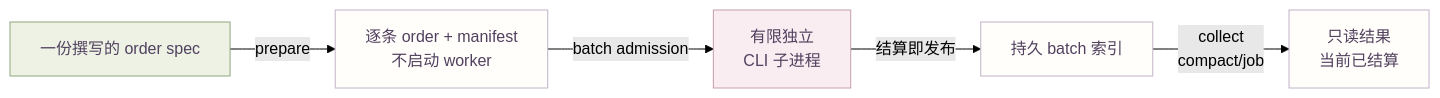
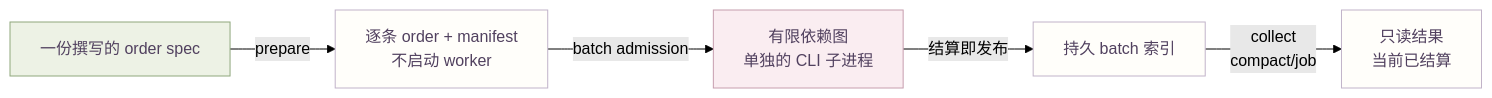
Before and after one commit to IndelibleVivi/codex-worker-routing: the second of 3 diagrams in docs/architecture.md, drawn with Mermaid (forest theme). The commit also changed other lines of this file and 30 other files, not shown here.

````diff
--- a/docs/architecture.md
+++ b/docs/architecture.md
@@ -69,13 +70,13 @@
 ```mermaid
 flowchart LR
   Spec["一份撰写的 order spec"] -->|prepare| Man["逐条 order + manifest<br/>不启动 worker"]
-  Man -->|batch admission| Jobs["有限独立<br/>CLI 子进程"]
+  Man -->|batch admission| Jobs["有限依赖图<br/>单独的 CLI 子进程"]
   Jobs -->|结算即发布| Index["持久 batch 索引"]
   Index -->|collect<br/>compact/job| Read["只读结果<br/>当前已结算"]
   classDef coordinator fill:#edf2e5,stroke:#8fa77c,color:#51415f
   classDef worker fill:#faedf1,stroke:#c69eae,color:#51415f
   classDef evidence fill:#fffefa,stroke:#c1b3c9,color:#51415f
   class Spec coordinator
   class Jobs worker
   class Man,Index,Read evidence
 ```
````
